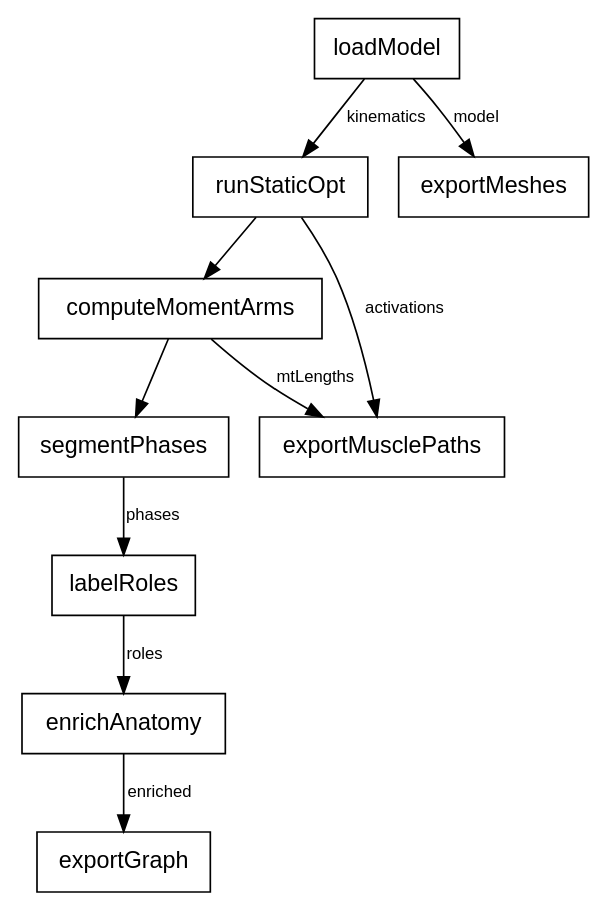
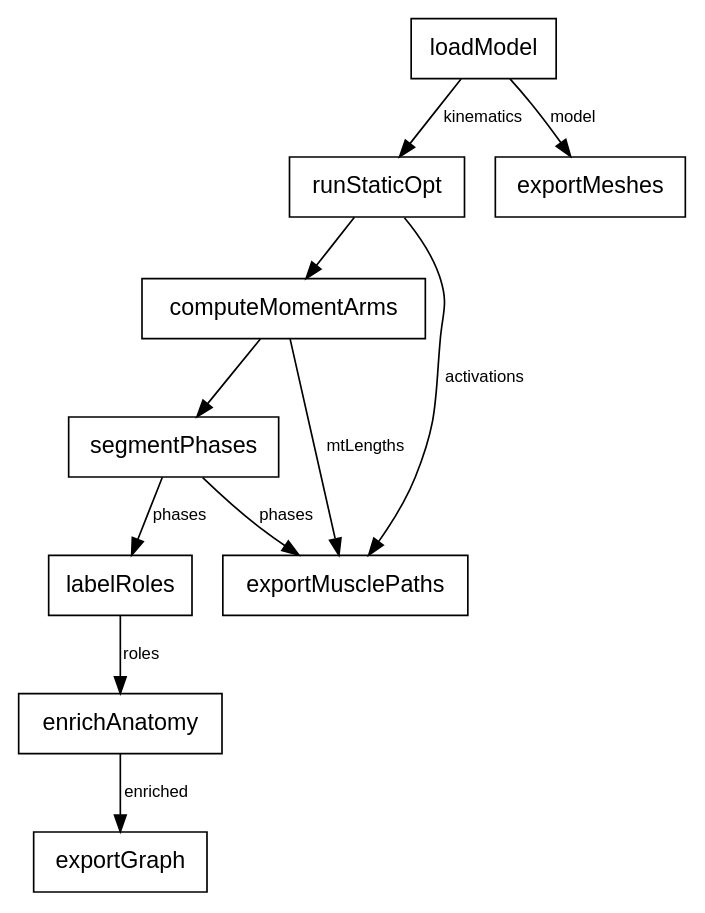
One commit to argent0/bio-mechanics changed the diagram in generated/diagrams/pipeline.dot. Above: the diagram before and after it, drawn with Graphviz. The commit also changed 5 other files, not shown here.

Commit message:
Pipeline: exportMusclePaths reads phases (K14) Edge segmentPhases -> exportMusclePaths; regenerate

```diff
--- a/generated/diagrams/pipeline.dot
+++ b/generated/diagrams/pipeline.dot
@@ -1,24 +1,25 @@
 // Generated by `lake exe gen` from spec/BioMech/Pipeline.lean. Edit the Lean source, then regenerate: cd spec && lake exe gen
 digraph pipeline {
   rankdir=TB;
   node [shape=box, fontname="Helvetica"];
   edge [fontname="Helvetica", fontsize=10];
   "loadModel" [label="loadModel"];
   "runStaticOpt" [label="runStaticOpt"];
   "computeMomentArms" [label="computeMomentArms"];
   "segmentPhases" [label="segmentPhases"];
   "labelRoles" [label="labelRoles"];
   "enrichAnatomy" [label="enrichAnatomy"];
   "exportGraph" [label="exportGraph"];
   "exportMeshes" [label="exportMeshes"];
   "exportMusclePaths" [label="exportMusclePaths"];
   "loadModel" -> "runStaticOpt" [label="kinematics"];
   "runStaticOpt" -> "computeMomentArms";
   "computeMomentArms" -> "segmentPhases";
   "segmentPhases" -> "labelRoles" [label="phases"];
   "labelRoles" -> "enrichAnatomy" [label="roles"];
   "enrichAnatomy" -> "exportGraph" [label="enriched"];
   "loadModel" -> "exportMeshes" [label="model"];
   "computeMomentArms" -> "exportMusclePaths" [label="mtLengths"];
   "runStaticOpt" -> "exportMusclePaths" [label="activations"];
+  "segmentPhases" -> "exportMusclePaths" [label="phases"];
 }
```
